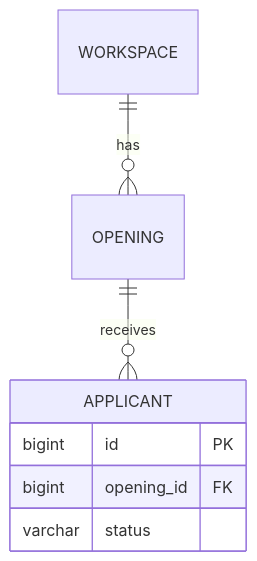
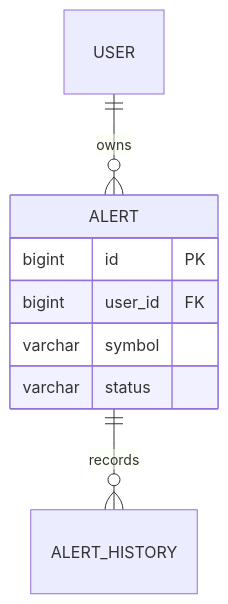
One commit to biuea3866/claude-work changed the third of 4 diagrams in rules/mermaid.md. Above: the diagram before and after it, drawn with Mermaid. The commit also changed other lines of this file and 144 other files, not shown here.

````diff
--- a/rules/mermaid.md
+++ b/rules/mermaid.md
@@ -58,10 +69,11 @@
 ```mermaid
 erDiagram
-    WORKSPACE ||--o{ OPENING : has
-    OPENING ||--o{ APPLICANT : receives
-    APPLICANT {
+    USER ||--o{ ALERT : owns
+    ALERT ||--o{ ALERT_HISTORY : records
+    ALERT {
         bigint id PK
-        bigint opening_id FK
+        bigint user_id FK
+        varchar symbol
         varchar status
     }
 ```
````
